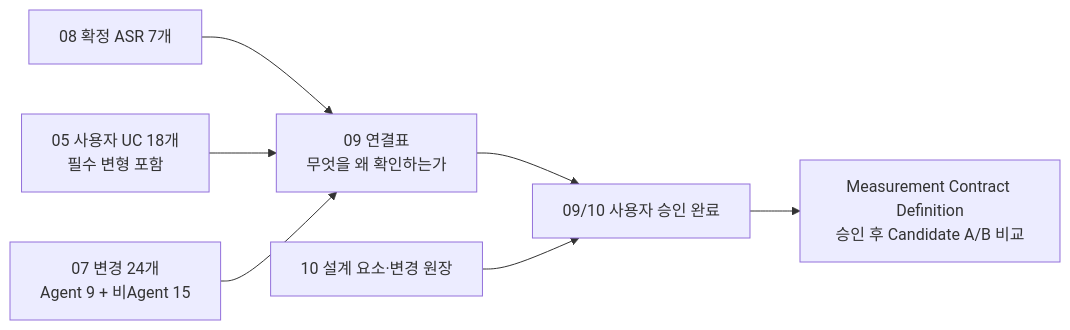
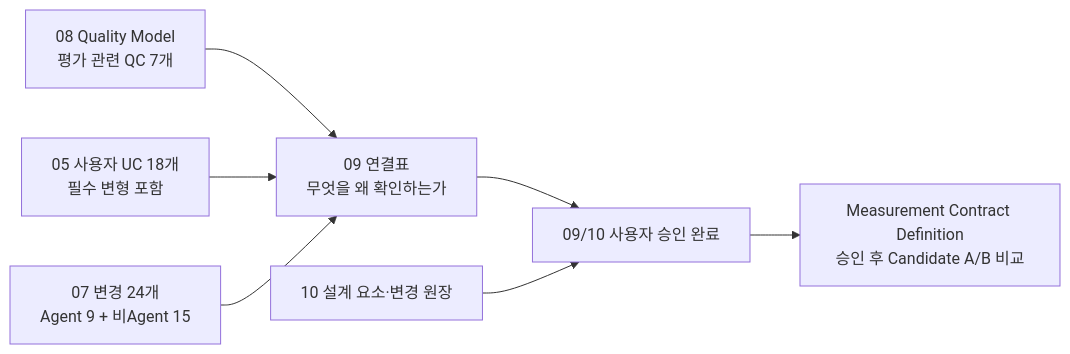
Before and after one commit to cbyche/via-sw-architecture: the diagram in docs/architecture/09-traceability.md, drawn with Mermaid. The commit also changed other lines of this file and 63 other files, not shown here.

````diff
--- a/docs/architecture/09-traceability.md
+++ b/docs/architecture/09-traceability.md
@@ -20,16 +20,16 @@
 ```mermaid
 flowchart LR
-    Q["08 확정 ASR 7개"]
+    Q["08 Quality Model<br/>평가 관련 QC 7개"]
     U["05 사용자 UC 18개<br/>필수 변형 포함"]
     X["07 변경 24개<br/>Agent 9 + 비Agent 15"]
     T["09 연결표<br/>무엇을 왜 확인하는가"]
     E["10 설계 요소·변경 원장"]
     R["09/10 사용자 승인 완료"]
     NEXT["Measurement Contract Definition<br/>승인 후 Candidate A/B 비교"]
     Q --> T
     U --> T
     X --> T
     T --> R
     E --> R
     R --> NEXT
 ```
````
